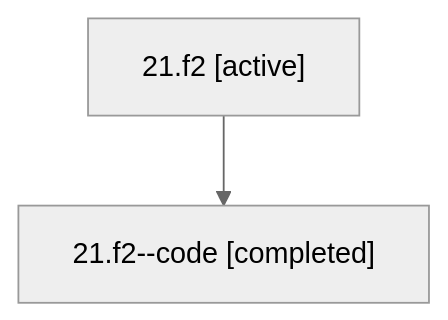
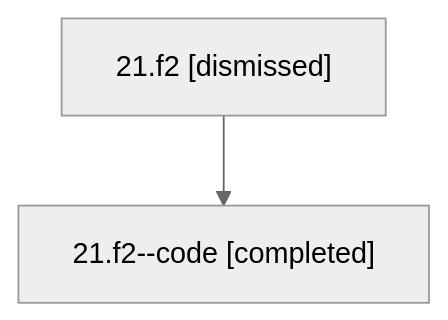
The diagram in sessions/bbugyi200.athena.21.f2.md (bobs-org/bob-cli--agents), drawn with Mermaid (neutral theme) before and after one commit. The commit also changed other lines of this file and 14 other files, not shown here.

````diff
--- a/sessions/bbugyi200.athena.21.f2.md
+++ b/sessions/bbugyi200.athena.21.f2.md
@@ -9,6 +9,6 @@
 ```mermaid
 flowchart TD
-  n0["21.f2 [active]"]
+  n0["21.f2 [dismissed]"]
   n1["21.f2--code [completed]"]
   n0 --> n1
 ```
````
